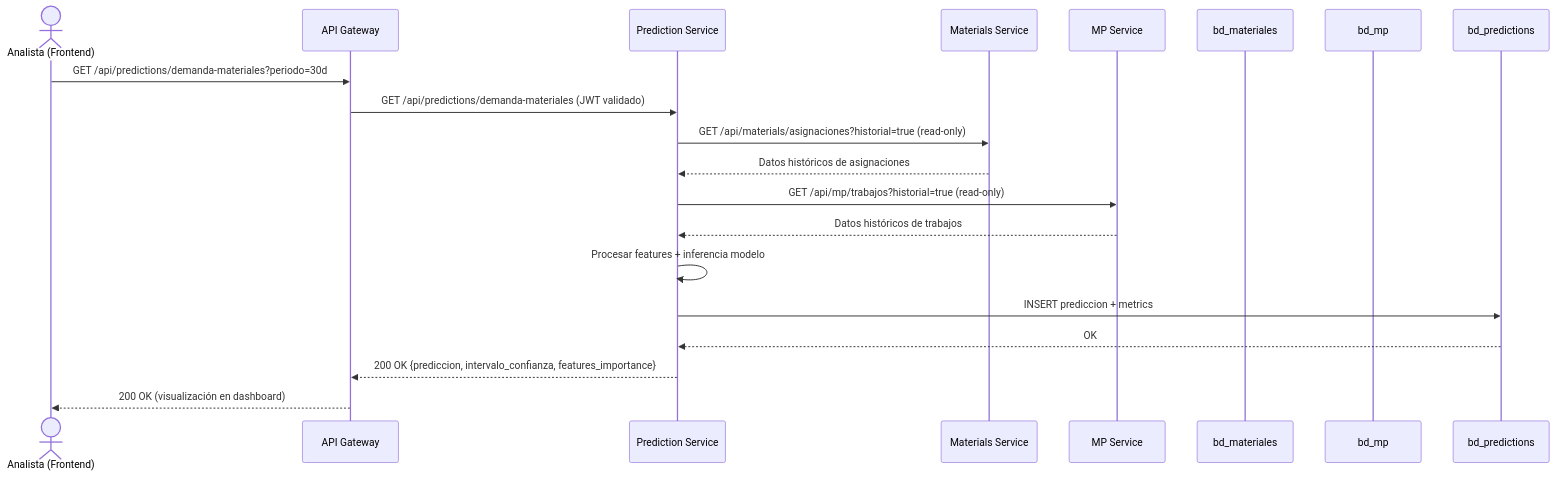
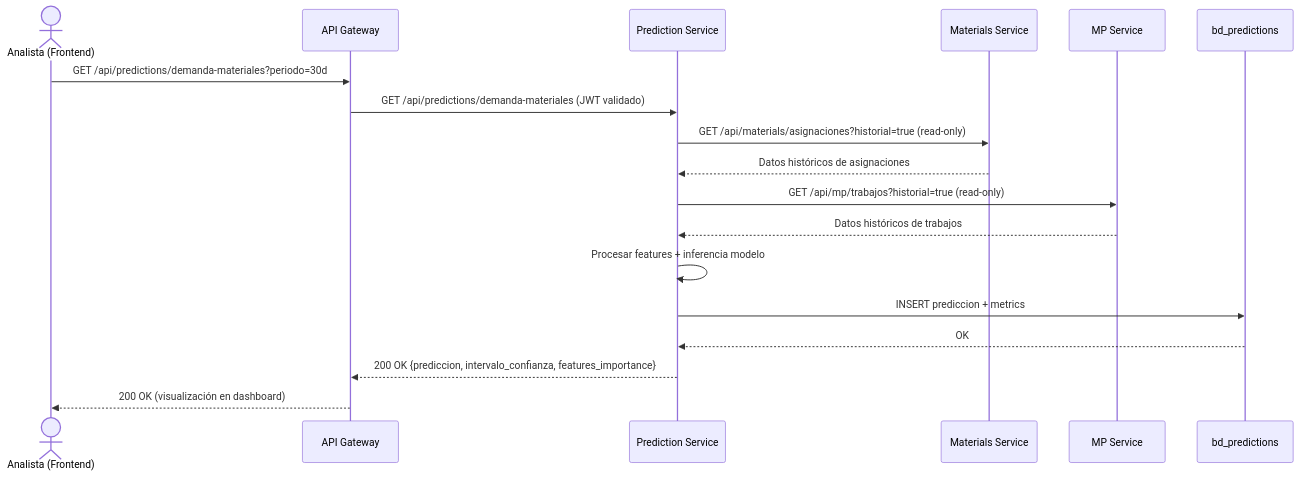
The seventh of 7 diagrams in docs/diagrams/sequence_diagrams/sequence_diagrams.md (ybotet/SISGAD5_1.0), drawn with Mermaid before and after one commit. The commit also changed other lines of this file and 7 other files, not shown here.

First line of the commit message:
docs(diagrams): fusionar diagramas de secuencia en documento canónico (7 escenarios)

````diff
--- a/docs/diagrams/sequence_diagrams/sequence_diagrams.md
+++ b/docs/diagrams/sequence_diagrams/sequence_diagrams.md
@@ -223,23 +436,21 @@
 ```mermaid
 sequenceDiagram
     actor A as Analista (Frontend)
     participant GW as API Gateway
     participant PRED as Prediction Service
     participant MS as Materials Service
     participant MPS as MP Service
-    participant MADB as bd_materiales
-    participant MPDB as bd_mp
     participant PDB as bd_predictions
 
     A->>GW: GET /api/predictions/demanda-materiales?periodo=30d
     GW->>PRED: GET /api/predictions/demanda-materiales (JWT validado)
     PRED->>MS: GET /api/materials/asignaciones?historial=true (read-only)
     MS-->>PRED: Datos históricos de asignaciones
     PRED->>MPS: GET /api/mp/trabajos?historial=true (read-only)
     MPS-->>PRED: Datos históricos de trabajos
     PRED->>PRED: Procesar features + inferencia modelo
     PRED->>PDB: INSERT prediccion + metrics
     PDB-->>PRED: OK
     PRED-->>GW: 200 OK {prediccion, intervalo_confianza, features_importance}
     GW-->>A: 200 OK (visualización en dashboard)
 ```
````
